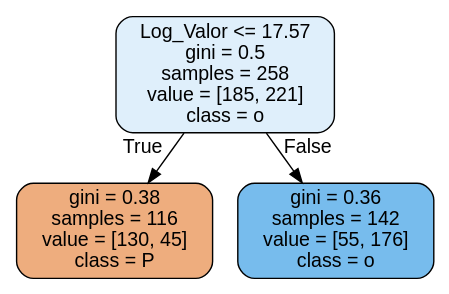
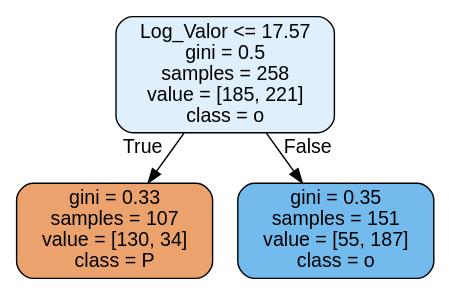
One commit to Ronan-Castro/TransferMarketBrasileirao changed the diagram in Análise/tree.dot. Above: the diagram before and after it, drawn with Graphviz. The commit also changed 2 other files, not shown here.

```diff
--- a/Análise/tree.dot
+++ b/Análise/tree.dot
@@ -1,9 +1,9 @@
 digraph Tree {
 node [shape=box, style="filled, rounded", color="black", fontname="helvetica"] ;
 edge [fontname="helvetica"] ;
 0 [label="Log_Valor <= 17.57\ngini = 0.5\nsamples = 258\nvalue = [185, 221]\nclass = o", fillcolor="#dfeffb"] ;
-1 [label="gini = 0.38\nsamples = 116\nvalue = [130, 45]\nclass = P", fillcolor="#eead7e"] ;
+1 [label="gini = 0.33\nsamples = 107\nvalue = [130, 34]\nclass = P", fillcolor="#eca26d"] ;
 0 -> 1 [labeldistance=2.5, labelangle=45, headlabel="True"] ;
-2 [label="gini = 0.36\nsamples = 142\nvalue = [55, 176]\nclass = o", fillcolor="#77bced"] ;
+2 [label="gini = 0.35\nsamples = 151\nvalue = [55, 187]\nclass = o", fillcolor="#73baed"] ;
 0 -> 2 [labeldistance=2.5, labelangle=-45, headlabel="False"] ;
 }
```
